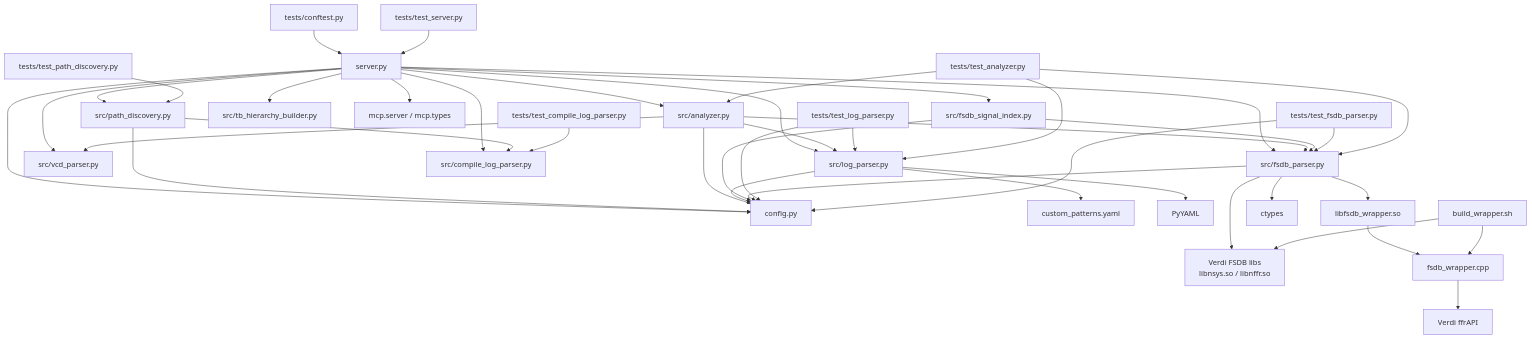
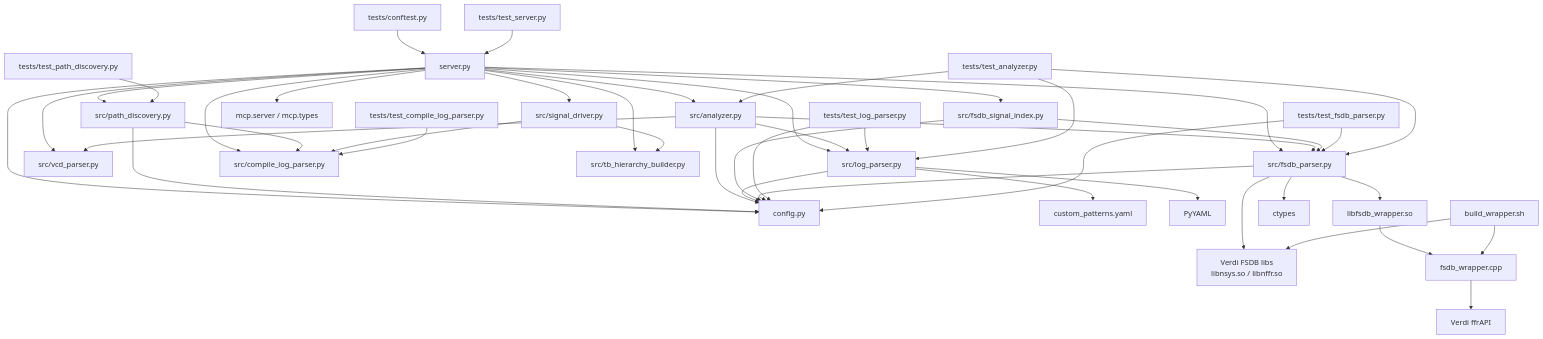
The diagram in docs/architecture.md (gokeshenzhen/TraceWeave), drawn with Mermaid before and after one commit. The commit also changed other lines of this file and 9 other files, not shown here.

````diff
--- a/docs/architecture.md
+++ b/docs/architecture.md
@@ -5,51 +5,55 @@
 ```mermaid
 graph TD
   A[server.py] --> B[config.py]
   A --> C[src/path_discovery.py]
   A --> D[src/log_parser.py]
   A --> E[src/analyzer.py]
   A --> F[src/vcd_parser.py]
   A --> G[src/fsdb_parser.py]
   A --> H[src/fsdb_signal_index.py]
   A --> I[src/compile_log_parser.py]
   A --> J[src/tb_hierarchy_builder.py]
-  A --> K[mcp.server / mcp.types]
+  A --> K[src/signal_driver.py]
+  A --> L[mcp.server / mcp.types]
 
   C --> B
   C --> I
 
   E --> D
   E --> B
   E --> F
   E --> G
 
   D --> B
-  D --> L[custom_patterns.yaml]
-  D --> M[PyYAML]
+  D --> M[custom_patterns.yaml]
+  D --> N[PyYAML]
+
+  K --> I
+  K --> J
 
   H --> G
   H --> B
 
   G --> B
-  G --> N[libfsdb_wrapper.so]
-  G --> O[ctypes]
-  G --> P[Verdi FSDB libs<br/>libnsys.so / libnffr.so]
+  G --> O[libfsdb_wrapper.so]
+  G --> P[ctypes]
+  G --> Q[Verdi FSDB libs<br/>libnsys.so / libnffr.so]
 
-  N --> Q[fsdb_wrapper.cpp]
-  Q --> R[Verdi ffrAPI]
+  O --> R[fsdb_wrapper.cpp]
+  R --> S[Verdi ffrAPI]
 
-  S[build_wrapper.sh] --> Q
-  S --> P
+  T[build_wrapper.sh] --> R
+  T --> Q
 
-  T[tests/conftest.py] --> A
-  U[tests/test_log_parser.py] --> D
-  U --> B
-  V[tests/test_fsdb_parser.py] --> G
+  U[tests/conftest.py] --> A
+  V[tests/test_log_parser.py] --> D
   V --> B
-  W[tests/test_analyzer.py] --> E
-  W --> G
-  W --> D
-  X[tests/test_compile_log_parser.py] --> I
-  Y[tests/test_server.py] --> A
-  Z[tests/test_path_discovery.py] --> C
+  W[tests/test_fsdb_parser.py] --> G
+  W --> B
+  X[tests/test_analyzer.py] --> E
+  X --> G
+  X --> D
+  Y[tests/test_compile_log_parser.py] --> I
+  Z[tests/test_server.py] --> A
+  AA[tests/test_path_discovery.py] --> C
 ```
````
